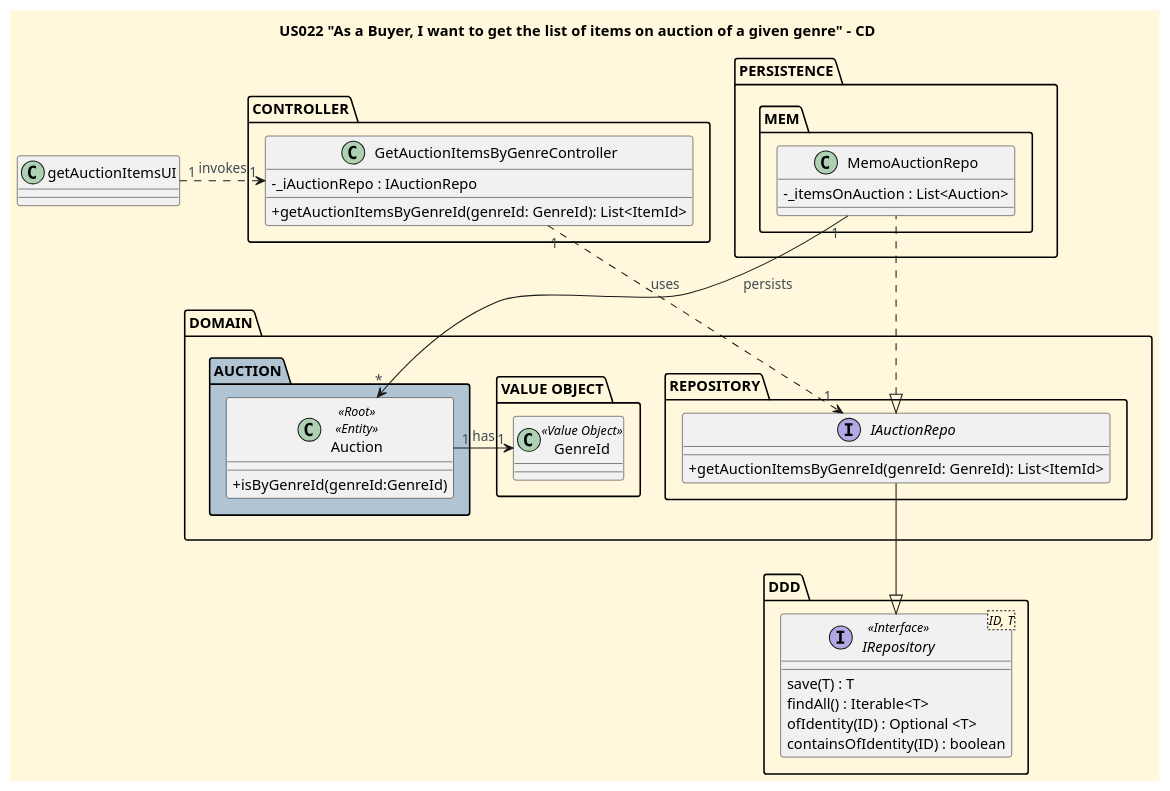
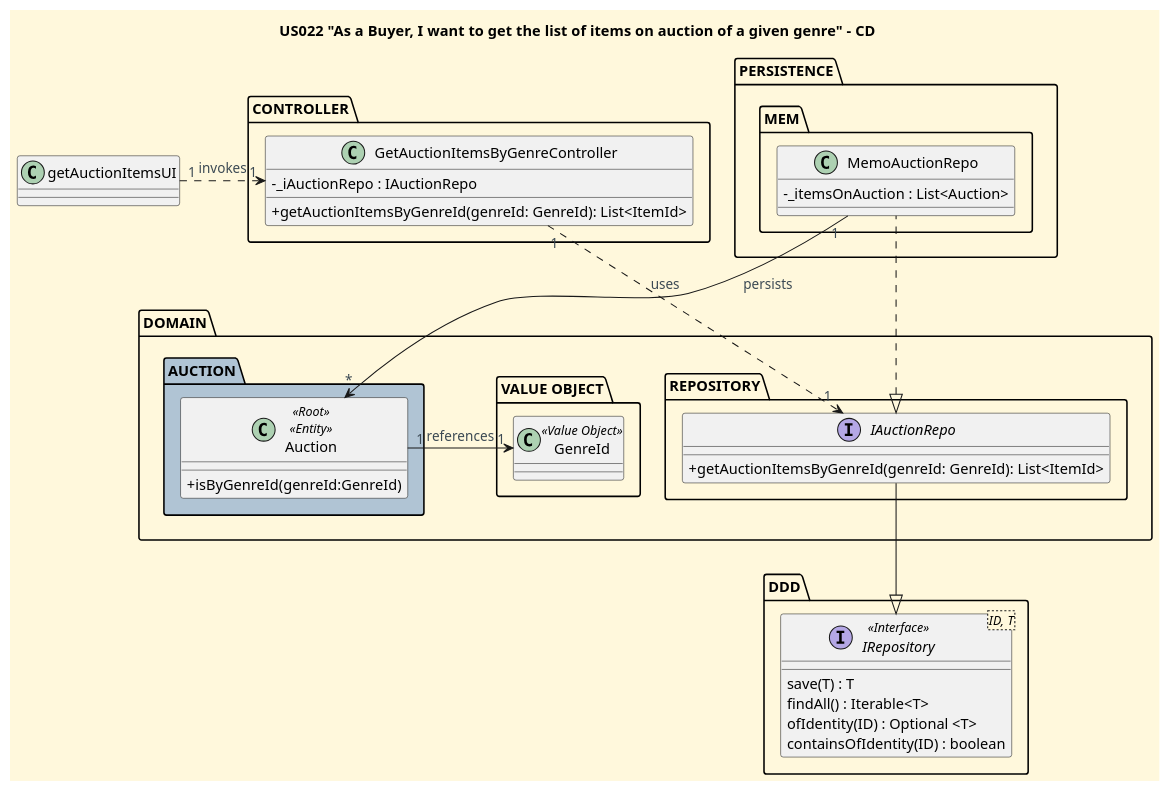
One commit to CarolinaLeite-collab/JavaMarketplacePlatform changed the diagram in docs/user-stories/US022/US022_get_the_list_of_items_on_auction_of_a_given_genre_CD_DDD.puml. Above: the diagram before and after it, drawn with PlantUML.

Commit message:
docs: US022 - minor change in the relations on the CD, ref #496

```diff
--- a/docs/user-stories/US022/US022_get_the_list_of_items_on_auction_of_a_given_genre_CD_DDD.puml
+++ b/docs/user-stories/US022/US022_get_the_list_of_items_on_auction_of_a_given_genre_CD_DDD.puml
@@ -1,74 +1,74 @@
 @startuml
 'https://plantuml.com/class-diagram
 
 title US022 "As a Buyer, I want to get the list of items on auction of a given genre"  - CD
 
 
 '==== basic style ====
 skinparam monochrome false
 skinparam shadowing false
 skinparam defaultFontName Futura
 skinparam objectFontSize 20
 skinparam backgroundColor CornSilk
 skinparam objectBackgroundColor WhiteSmoke
 skinparam noteBackgroundColor #FFFFE0
 skinparam ArrowFontColor #3B4953
 skinparam ActivationBackgroundColor black
 skinparam classAttributeIconSize 0
 
 class getAuctionItemsUI{}
 
 package "CONTROLLER" {
     class GetAuctionItemsByGenreController {
         -_iAuctionRepo : IAuctionRepo
         +getAuctionItemsByGenreId(genreId: GenreId): List<ItemId>
     }
 }
 
 package "PERSISTENCE" {
     package "MEM" {
         class MemoAuctionRepo {
             -_itemsOnAuction : List<Auction>
         }
     }
 }
 
 package "DDD" {
     interface IRepository<ID, T> <<Interface>> {
         save(T) : T
         findAll() : Iterable<T>
         ofIdentity(ID) : Optional <T>
         containsOfIdentity(ID) : boolean
     }
 }
 
 package "DOMAIN" {
     package "REPOSITORY" {
         interface IAuctionRepo {
             +getAuctionItemsByGenreId(genreId: GenreId): List<ItemId>
         }
     }
 
 
     package "VALUE OBJECT" {
         class GenreId <<Value Object>>
     }
 
 
 
     package "AUCTION" #b0c4d4 {
         class Auction <<Root>> <<Entity>> {
             +isByGenreId(genreId:GenreId)
         }
     }
 }
 
 getAuctionItemsUI "1".>"1" GetAuctionItemsByGenreController:invokes
 GetAuctionItemsByGenreController "1"..> "1" IAuctionRepo : uses
 IAuctionRepo <|.. MemoAuctionRepo
 MemoAuctionRepo "1" --> "*"Auction : persists
 IAuctionRepo --|> IRepository
-Auction "1" -> "1" GenreId : has
+Auction "1" -> "1" GenreId : references
 
 
 @enduml
```
